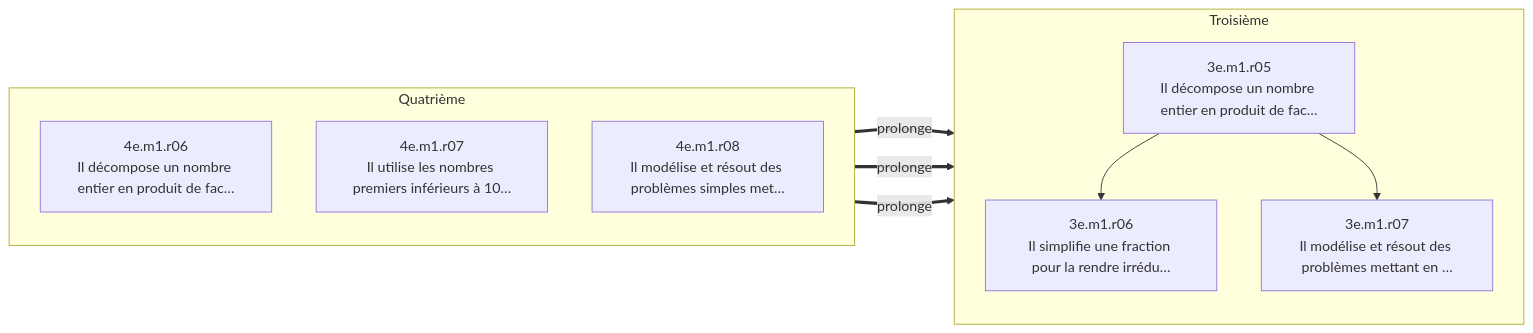
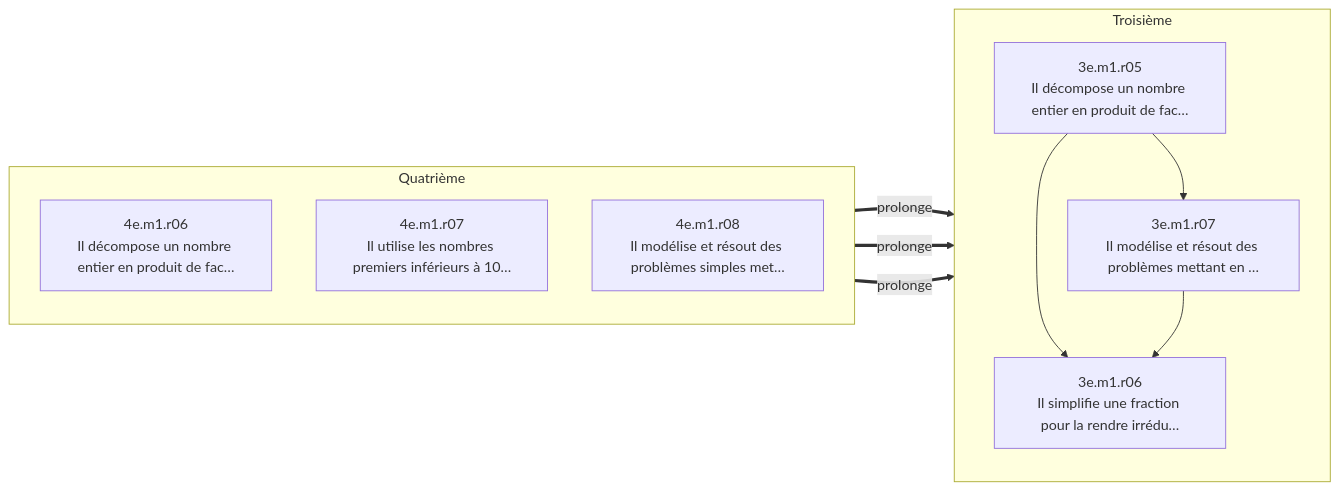
The first of 17 diagrams in docs/curriculum/LEARNING_NET_MAP.md (Abdennour-bouhounali/smarter-academy-fr), drawn with Mermaid before and after one commit. The commit also changed other lines of this file and 19 other files, not shown here.

````diff
--- a/docs/curriculum/LEARNING_NET_MAP.md
+++ b/docs/curriculum/LEARNING_NET_MAP.md
@@ -15,20 +15,21 @@
 ```mermaid
 flowchart LR
   subgraph g_4e["Quatrième"]
     direction TB
     n_4e_m1_r06["4e.m1.r06<br/>Il décompose un nombre entier en produit de fac…"]
     n_4e_m1_r07["4e.m1.r07<br/>Il utilise les nombres premiers inférieurs à 10…"]
     n_4e_m1_r08["4e.m1.r08<br/>Il modélise et résout des problèmes simples met…"]
   end
   subgraph g_3e["Troisième"]
     direction TB
     n_3e_m1_r05["3e.m1.r05<br/>Il décompose un nombre entier en produit de fac…"]
     n_3e_m1_r06["3e.m1.r06<br/>Il simplifie une fraction pour la rendre irrédu…"]
     n_3e_m1_r07["3e.m1.r07<br/>Il modélise et résout des problèmes mettant en …"]
   end
   n_4e_m1_r06 ==>|prolonge| n_3e_m1_r05
   n_3e_m1_r05 --> n_3e_m1_r06
   n_4e_m1_r07 ==>|prolonge| n_3e_m1_r06
   n_3e_m1_r05 --> n_3e_m1_r07
   n_4e_m1_r08 ==>|prolonge| n_3e_m1_r07
+  n_3e_m1_r07 --> n_3e_m1_r06
 ```
````
